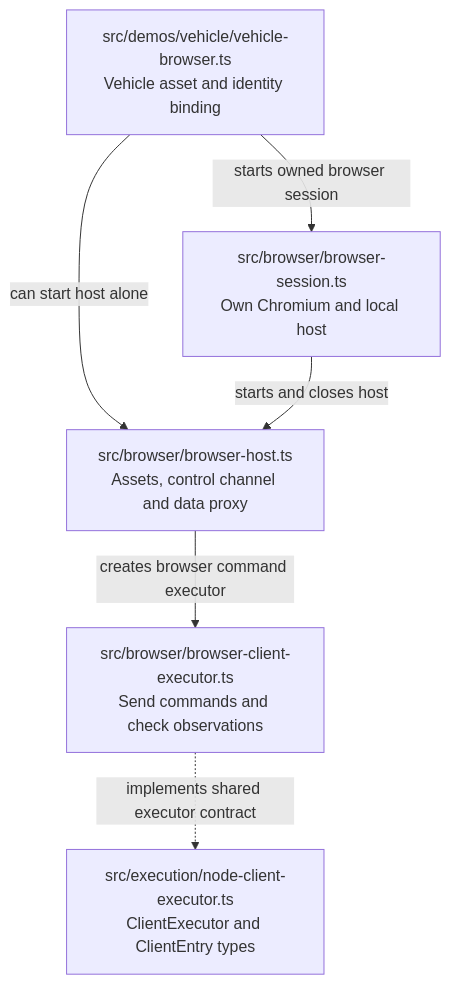
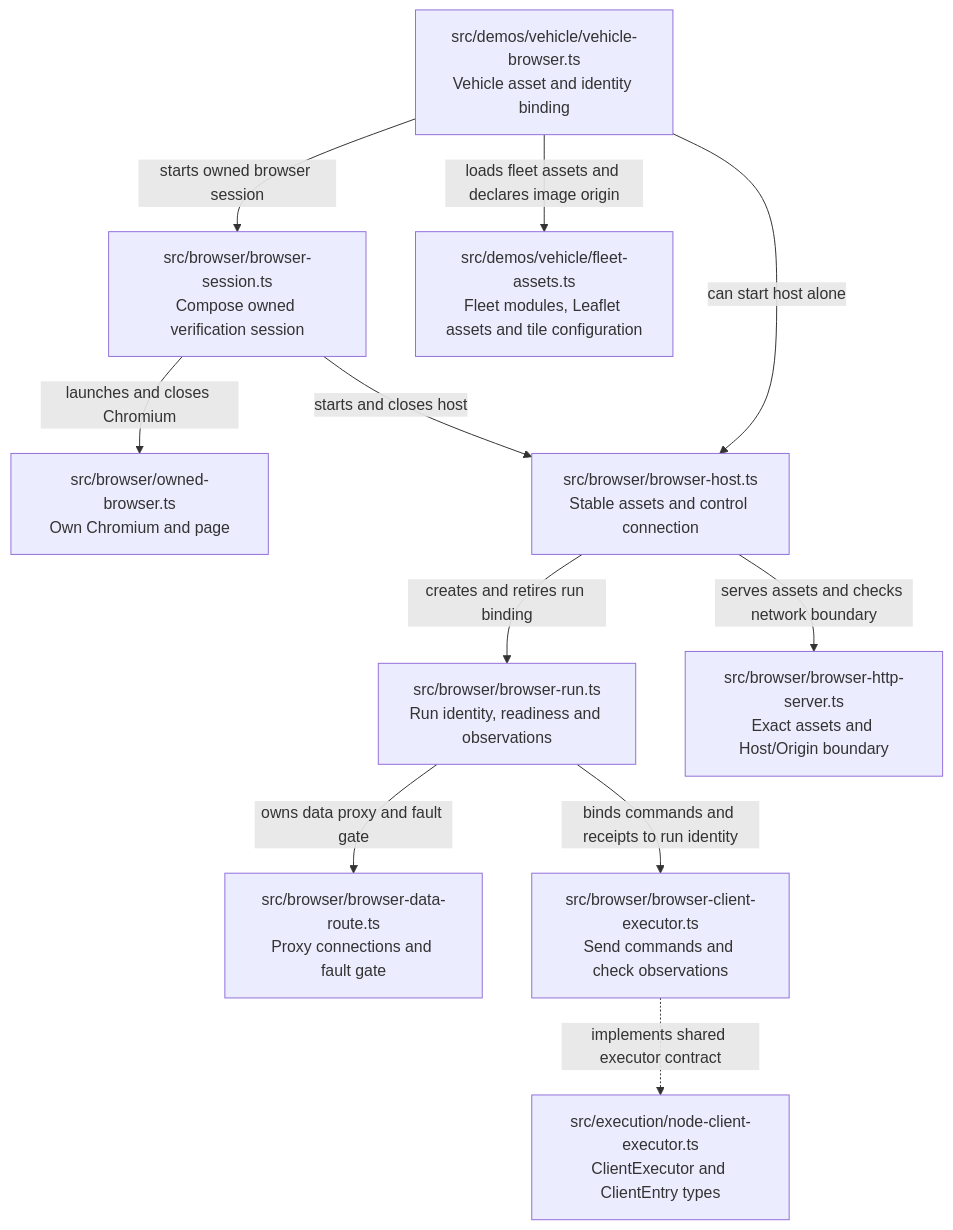
Before and after one commit to sproates/zooglass: the sixth of 8 diagrams in incubator/workbench/docs/source-map.md, drawn with Mermaid. The commit also changed other lines of this file and 99 other files, not shown here.

````diff
--- a/incubator/workbench/docs/source-map.md
+++ b/incubator/workbench/docs/source-map.md
@@ -206,13 +256,23 @@
 ```mermaid
 flowchart TB
   vehicle["src/demos/vehicle/vehicle-browser.ts<br/>Vehicle asset and identity binding"]
-  session["src/browser/browser-session.ts<br/>Own Chromium and local host"]
-  host["src/browser/browser-host.ts<br/>Assets, control channel and data proxy"]
+  session["src/browser/browser-session.ts<br/>Compose owned verification session"]
+  launcher["src/browser/owned-browser.ts<br/>Own Chromium and page"]
+  host["src/browser/browser-host.ts<br/>Stable assets and control connection"]
+  run["src/browser/browser-run.ts<br/>Run identity, readiness and observations"]
+  route["src/browser/browser-data-route.ts<br/>Proxy connections and fault gate"]
   executor["src/browser/browser-client-executor.ts<br/>Send commands and check observations"]
   contract["src/execution/node-client-executor.ts<br/>ClientExecutor and ClientEntry types"]
+  fleetAssets["src/demos/vehicle/fleet-assets.ts<br/>Fleet modules, Leaflet assets and tile configuration"]
+  vehicle -->|loads fleet assets and declares image origin| fleetAssets
   vehicle -->|starts owned browser session| session
   vehicle -->|can start host alone| host
   session -->|starts and closes host| host
-  host -->|creates browser command executor| executor
+  session -->|launches and closes Chromium| launcher
+  http["src/browser/browser-http-server.ts<br/>Exact assets and Host/Origin boundary"]
+  host -->|serves assets and checks network boundary| http
+  host -->|creates and retires run binding| run
+  run -->|owns data proxy and fault gate| route
+  run -->|binds commands and receipts to run identity| executor
   executor -.->|implements shared executor contract| contract
 ```
````
